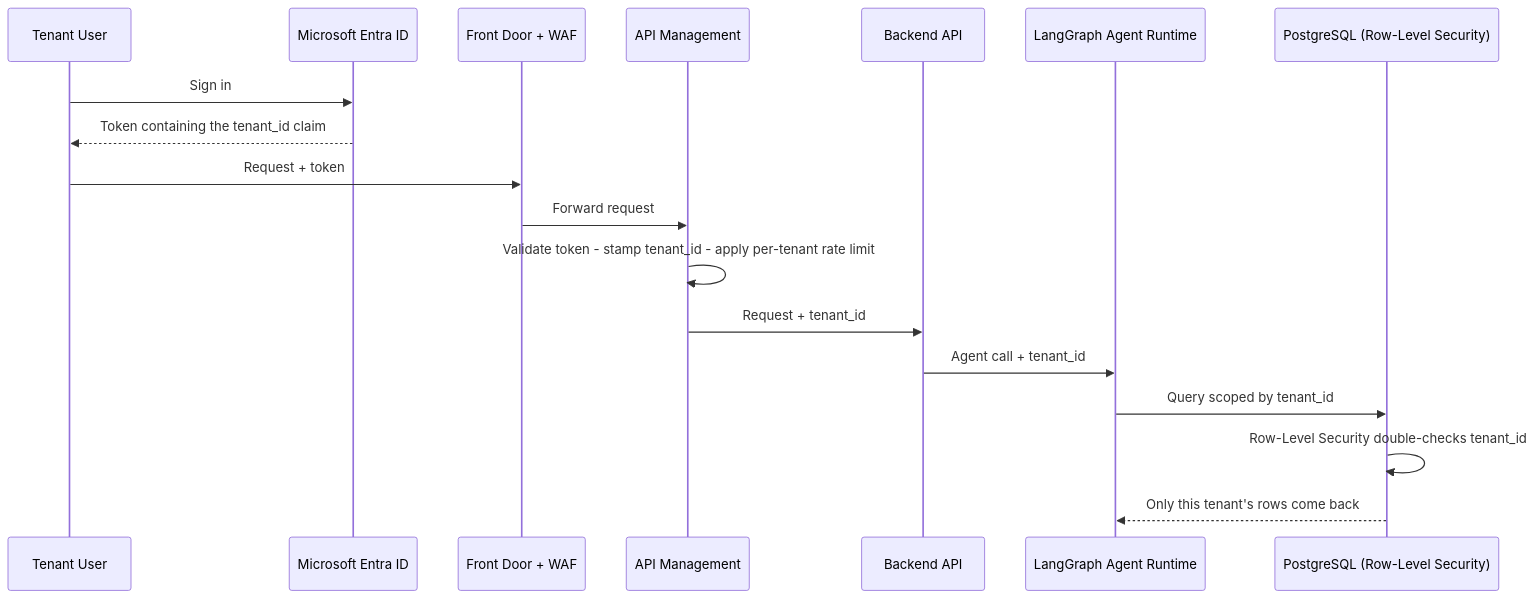
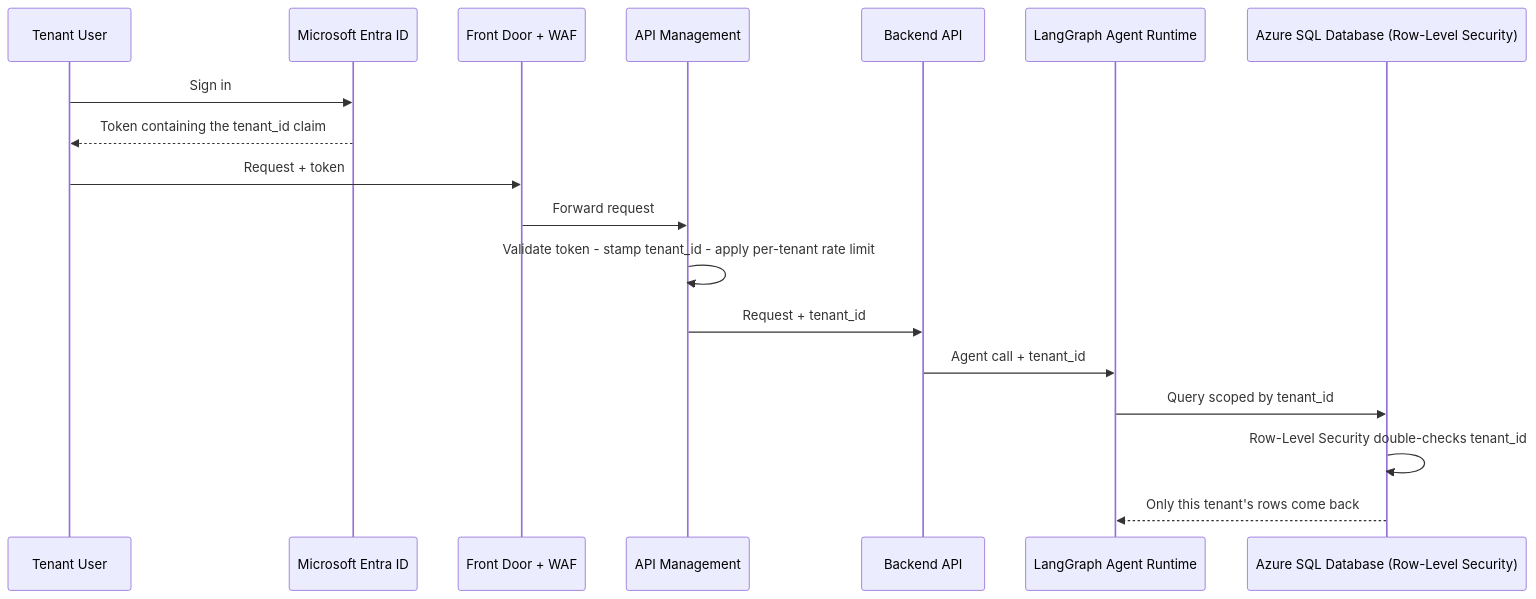
Before and after one commit to shaleen-wonder-ent/agentic-ai-saas-architecture: the first of 6 diagrams in docs/07-multitenancy-explained.md, drawn with Mermaid. The commit also changed other lines of this file and 7 other files, not shown here.

Commit message:
architecturial changes

````diff
--- a/docs/07-multitenancy-explained.md
+++ b/docs/07-multitenancy-explained.md
@@ -31,21 +31,21 @@
 ```mermaid
 sequenceDiagram
     participant U as Tenant User
     participant ID as Microsoft Entra ID
     participant FD as Front Door + WAF
     participant APIM as API Management
     participant BE as Backend API
     participant LG as LangGraph Agent Runtime
-    participant DB as PostgreSQL (Row-Level Security)
+    participant DB as Azure SQL Database (Row-Level Security)
 
     U->>ID: Sign in
     ID-->>U: Token containing the tenant_id claim
     U->>FD: Request + token
     FD->>APIM: Forward request
     APIM->>APIM: Validate token - stamp tenant_id - apply per-tenant rate limit
     APIM->>BE: Request + tenant_id
     BE->>LG: Agent call + tenant_id
     LG->>DB: Query scoped by tenant_id
     DB->>DB: Row-Level Security double-checks tenant_id
     DB-->>LG: Only this tenant's rows come back
 ```
````
